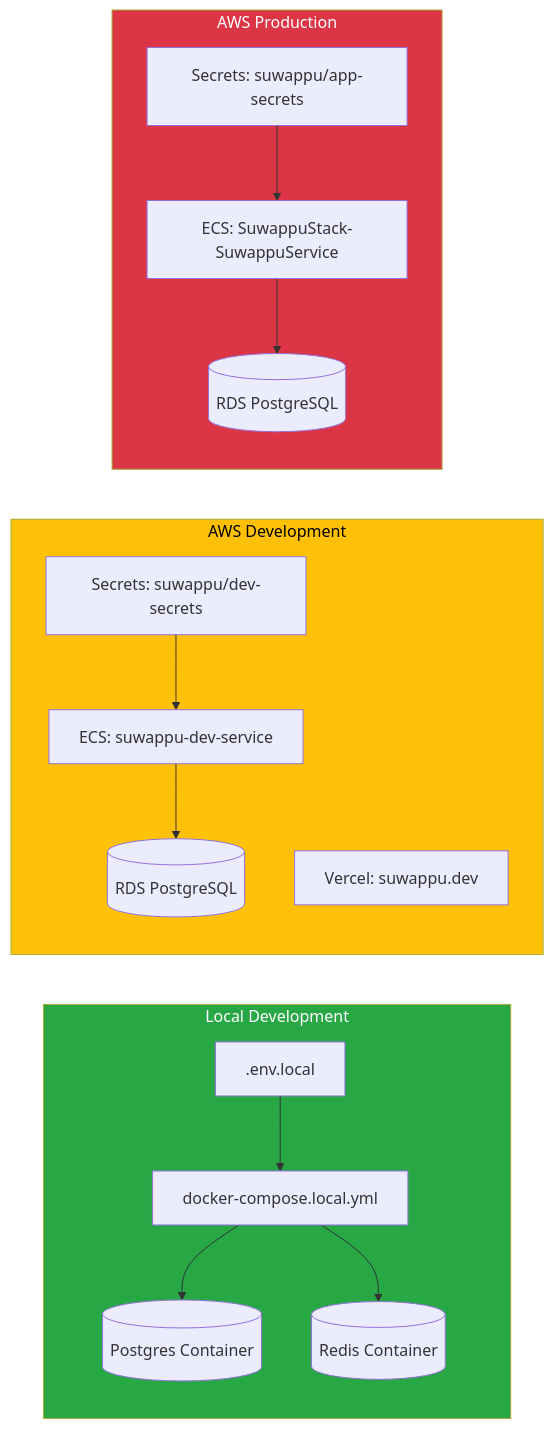
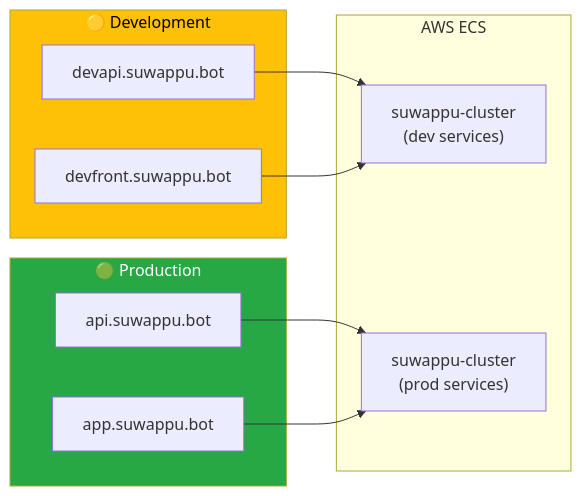
One commit to 0xSoftBoi/suwappubot changed the fourth of 5 diagrams in README.md. Above: the diagram before and after it, drawn with Mermaid. The commit also changed other lines of this file, not shown here.

Commit message:
docs: update main README with mermaid diagrams and linked docs

````diff
--- a/README.md
+++ b/README.md
@@ -255,33 +166,25 @@
 ```mermaid
 flowchart LR
-    subgraph Local["Local Development"]
-        DC["docker-compose.local.yml"]
-        ENV_L[".env.local"]
-        PG_L[(Postgres Container)]
-        REDIS_L[(Redis Container)]
+    subgraph Dev["🟡 Development"]
+        DevAPI["devapi.suwappu.bot"]
+        DevWeb["devfront.suwappu.bot"]
     end
 
-    subgraph Dev["AWS Development"]
-        ECS_D["ECS: suwappu-dev-service"]
-        SEC_D["Secrets: suwappu/dev-secrets"]
-        RDS_D[(RDS PostgreSQL)]
-        VERCEL["Vercel: suwappu.dev"]
+    subgraph Prod["🟢 Production"]
+        ProdAPI["api.suwappu.bot"]
+        ProdWeb["app.suwappu.bot"]
     end
 
-    subgraph Prod["AWS Production"]
-        ECS_P["ECS: SuwappuStack-SuwappuService"]
-        SEC_P["Secrets: suwappu/app-secrets"]
-        RDS_P[(RDS PostgreSQL)]
+    subgraph AWS["AWS ECS"]
+        DevCluster["suwappu-cluster\n(dev services)"]
+        ProdCluster["suwappu-cluster\n(prod services)"]
     end
 
-    DC --> PG_L & REDIS_L
-    ENV_L --> DC
-    SEC_D --> ECS_D
-    ECS_D --> RDS_D
-    SEC_P --> ECS_P
-    ECS_P --> RDS_P
+    DevAPI --> DevCluster
+    DevWeb --> DevCluster
+    ProdAPI --> ProdCluster
+    ProdWeb --> ProdCluster
 
-    style Local fill:#28a745,color:#fff
     style Dev fill:#ffc107,color:#000
-    style Prod fill:#dc3545,color:#fff
+    style Prod fill:#28a745,color:#fff
 ```
````
